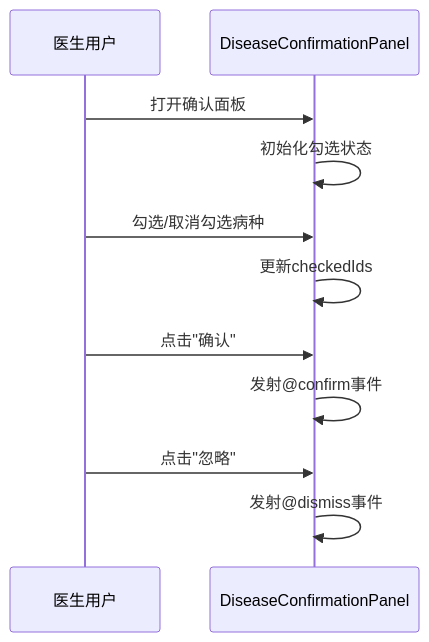
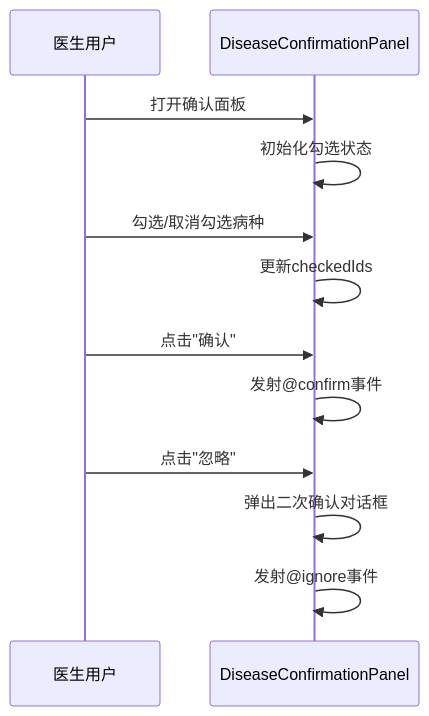
One commit to liuzh2008/med_ai_assistant_workspace changed the seventh of 14 diagrams in .qoder/repowiki/zh/content/临床指引Tab.md. Above: the diagram before and after it, drawn with Mermaid. The commit also changed other lines of this file and 5 other files, not shown here.

````diff
--- a/.qoder/repowiki/zh/content/临床指引Tab.md
+++ b/.qoder/repowiki/zh/content/临床指引Tab.md
@@ -343,13 +411,14 @@
 ```mermaid
 sequenceDiagram
 participant User as 医生用户
 participant Panel as DiseaseConfirmationPanel
 User->>Panel : 打开确认面板
 Panel->>Panel : 初始化勾选状态
 User->>Panel : 勾选/取消勾选病种
 Panel->>Panel : 更新checkedIds
 User->>Panel : 点击"确认"
 Panel->>Panel : 发射@confirm事件
 User->>Panel : 点击"忽略"
-Panel->>Panel : 发射@dismiss事件
+Panel->>Panel : 弹出二次确认对话框
+Panel->>Panel : 发射@ignore事件
 ```
````
